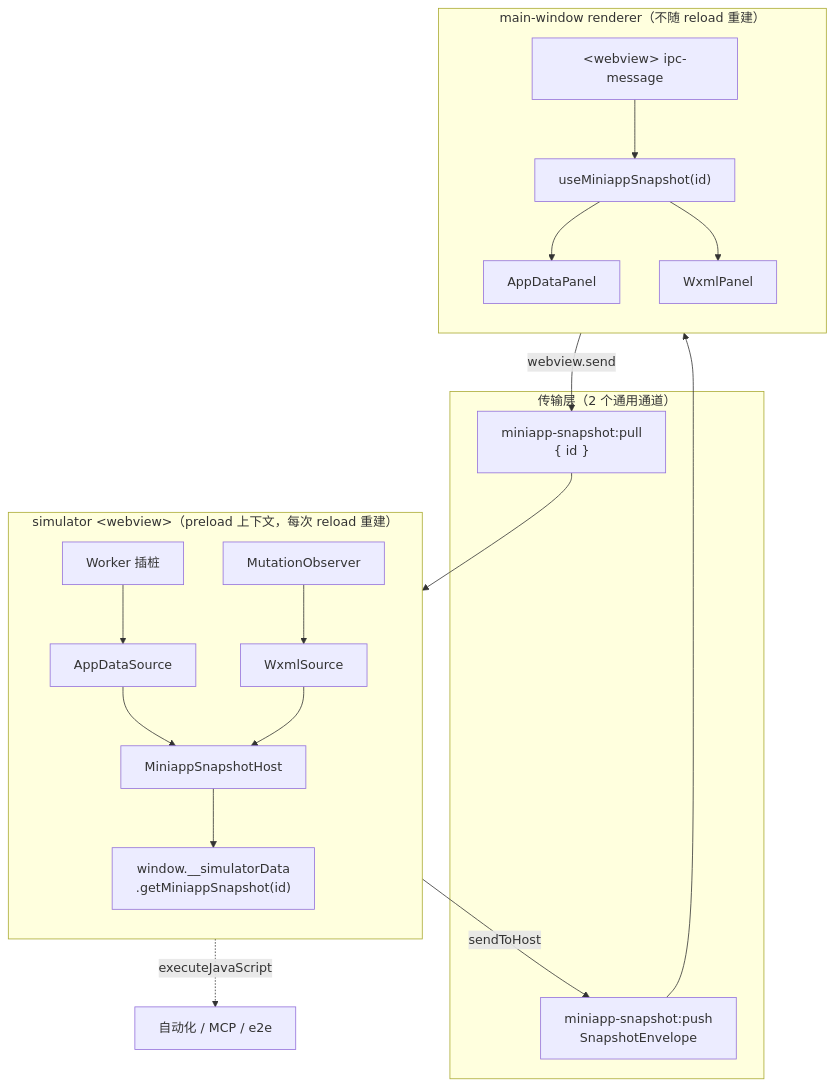
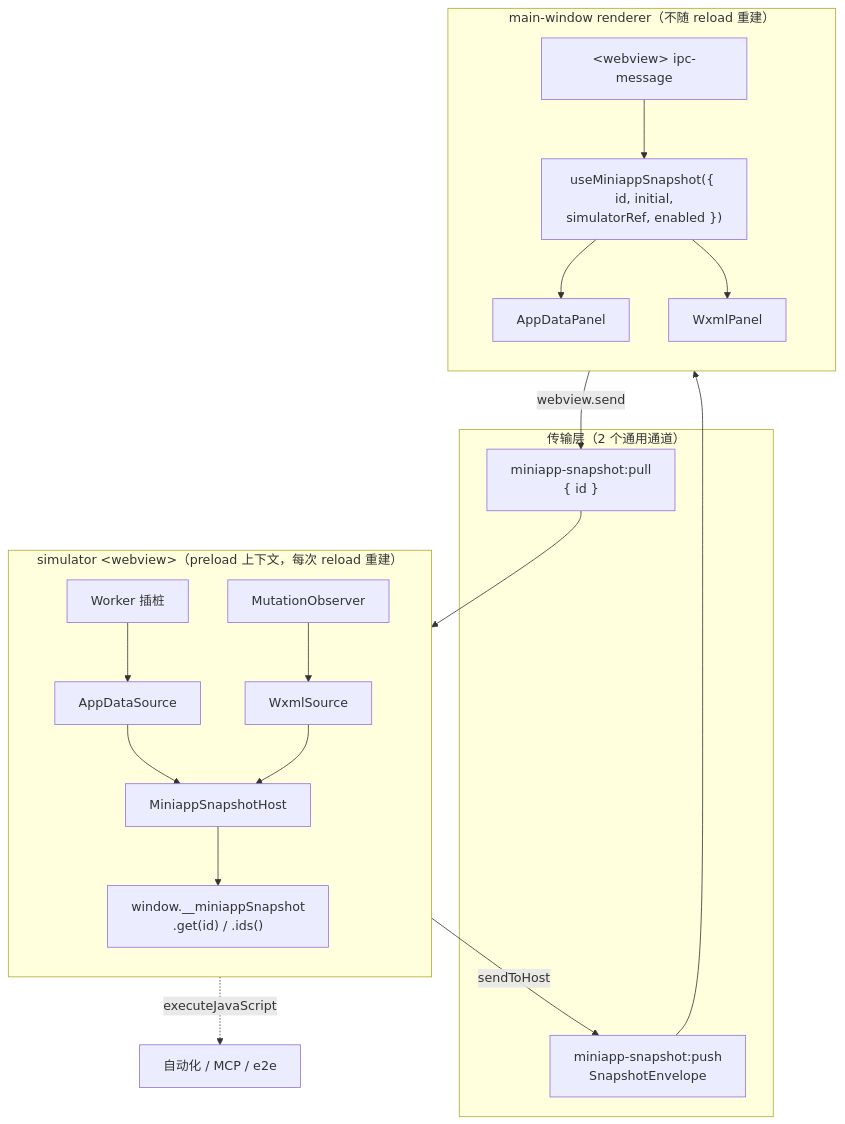
One commit to EchoTechFE/dimina-kit changed the second of 7 diagrams in packages/devtools/docs/miniapp-snapshot.md. Above: the diagram before and after it, drawn with Mermaid. The commit also changed other lines of this file and 289 other files, not shown here.

````diff
--- a/packages/devtools/docs/miniapp-snapshot.md
+++ b/packages/devtools/docs/miniapp-snapshot.md
@@ -114,27 +97,27 @@
 ```mermaid
 flowchart TB
   subgraph WV["simulator &lt;webview&gt;（preload 上下文，每次 reload 重建）"]
     direction TB
     OBS1["Worker 插桩"] --> SRC1["AppDataSource"]
     OBS2["MutationObserver"] --> SRC2["WxmlSource"]
     SRC1 --> HOST["MiniappSnapshotHost"]
     SRC2 --> HOST
-    HOST --> AUTO["window.__simulatorData<br/>.getMiniappSnapshot(id)"]
+    HOST --> AUTO["window.__miniappSnapshot<br/>.get(id) / .ids()"]
   end
 
   subgraph TRANSPORT["传输层（2 个通用通道）"]
     PUSH["miniapp-snapshot:push<br/>SnapshotEnvelope"]
     PULL["miniapp-snapshot:pull<br/>{ id }"]
   end
 
   subgraph RD["main-window renderer（不随 reload 重建）"]
     direction TB
-    IPC["&lt;webview&gt; ipc-message"] --> HOOK["useMiniappSnapshot(id)"]
+    IPC["&lt;webview&gt; ipc-message"] --> HOOK["useMiniappSnapshot({ id, initial,<br/>simulatorRef, enabled })"]
     HOOK --> P1["AppDataPanel"]
     HOOK --> P2["WxmlPanel"]
   end
 
   HOST -- sendToHost --> PUSH --> IPC
   HOOK -- "webview.send" --> PULL --> HOST
   AUTO -. "executeJavaScript" .-> AUTOMATION["自动化 / MCP / e2e"]
 ```
````
